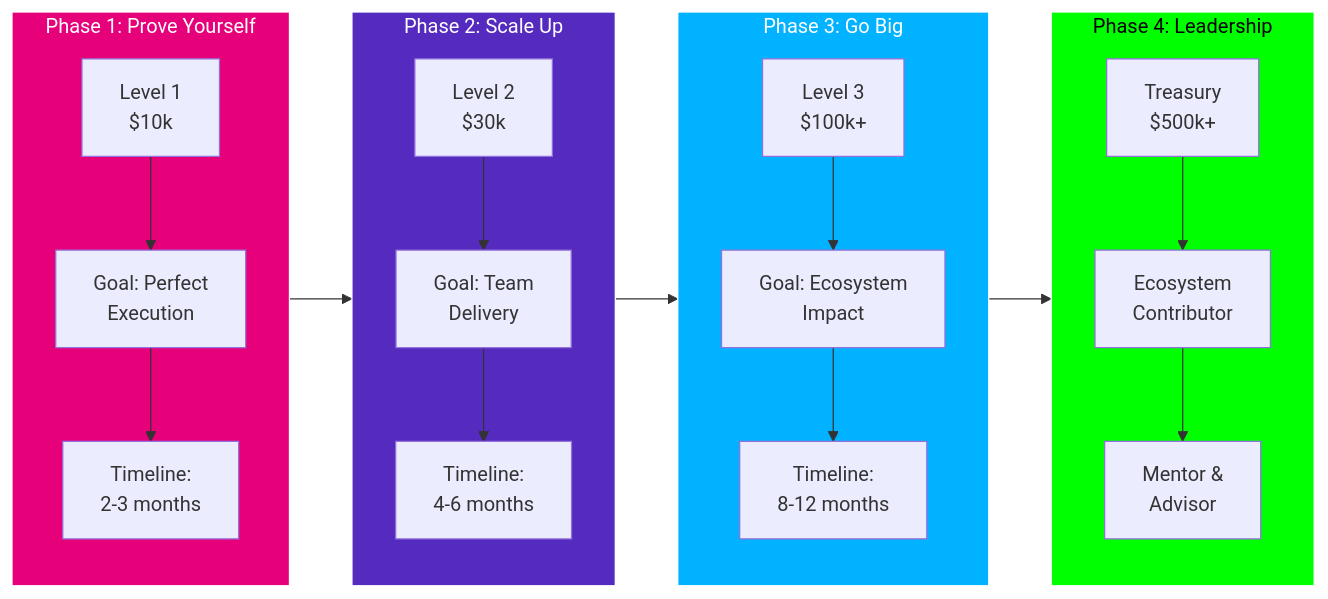
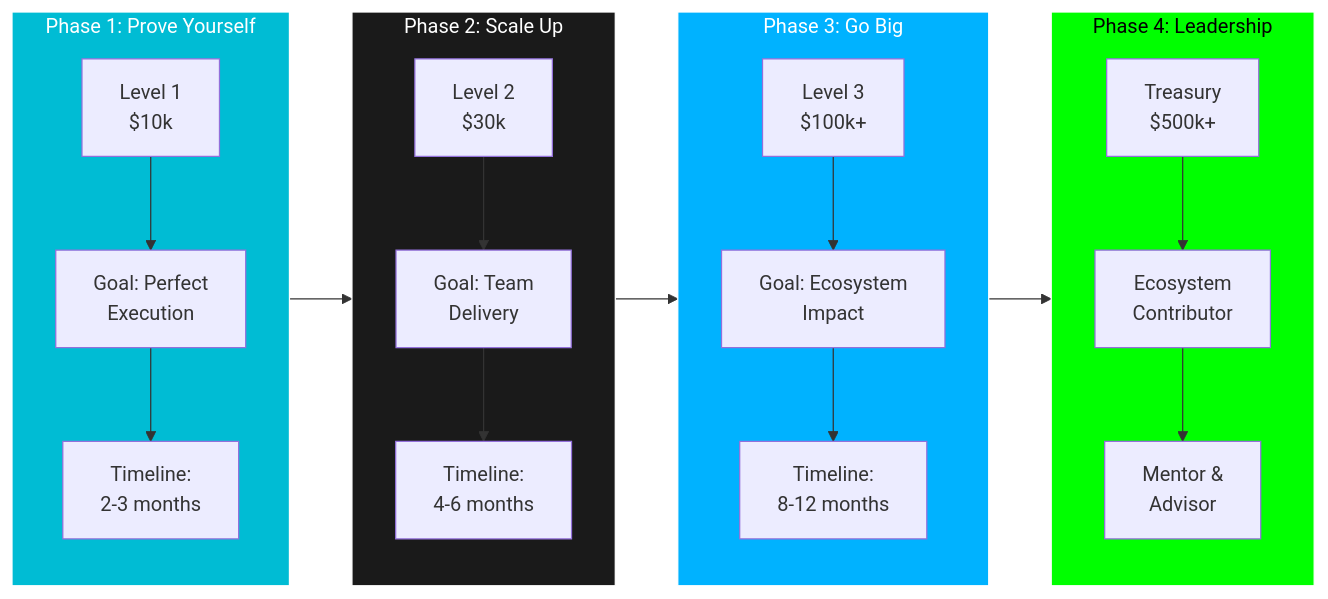
Diagram 17 of 17 in slides/polkadot-grant-ecosystem.md (openguild-labs/polkadot-codecamp), drawn with Mermaid before and after one commit. The commit also changed other lines of this file and 6 other files, not shown here.

````diff
--- a/slides/polkadot-grant-ecosystem.md
+++ b/slides/polkadot-grant-ecosystem.md
@@ -2041,39 +2041,39 @@
 ```mermaid
 graph LR
     subgraph PHASE1["Phase 1: Prove Yourself"]
         G1[Level 1<br/>$10k]
         G1GOAL[Goal: Perfect<br/>Execution]
         G1TIME[Timeline:<br/>2-3 months]
         G1 --> G1GOAL --> G1TIME
     end
 
     subgraph PHASE2["Phase 2: Scale Up"]
         G2[Level 2<br/>$30k]
         G2GOAL[Goal: Team<br/>Delivery]
         G2TIME[Timeline:<br/>4-6 months]
         G2 --> G2GOAL --> G2TIME
     end
 
     subgraph PHASE3["Phase 3: Go Big"]
         G3[Level 3<br/>$100k+]
         G3GOAL[Goal: Ecosystem<br/>Impact]
         G3TIME[Timeline:<br/>8-12 months]
         G3 --> G3GOAL --> G3TIME
     end
 
     subgraph PHASE4["Phase 4: Leadership"]
         TREASURY[Treasury<br/>$500k+]
         LEAD[Ecosystem<br/>Contributor]
         MENTOR[Mentor &<br/>Advisor]
         TREASURY --> LEAD --> MENTOR
     end
 
     PHASE1 --> PHASE2
     PHASE2 --> PHASE3
     PHASE3 --> PHASE4
 
-    style PHASE1 fill:#E6007A,stroke:#fff,color:#fff
-    style PHASE2 fill:#552BBF,stroke:#fff,color:#fff
+    style PHASE1 fill:#00BCD4,stroke:#fff,color:#fff
+    style PHASE2 fill:#1a1a1a,stroke:#fff,color:#fff
     style PHASE3 fill:#00B2FF,stroke:#fff,color:#fff
     style PHASE4 fill:#00ff00,stroke:#fff,color:#000
 ```
````
